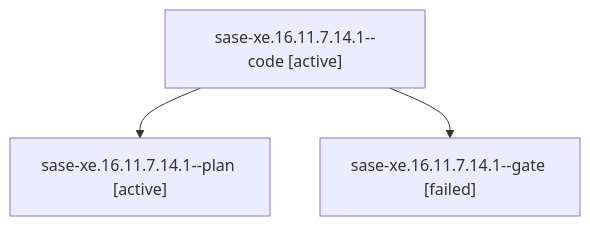
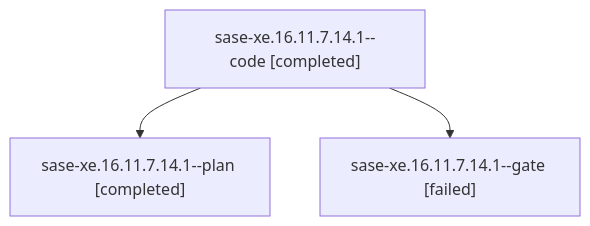
One commit to sase-org/sase--agents changed the diagram in families/bbugyi200.athena.sase-xe.16.11.7.14.1.md. Above: the diagram before and after it, drawn with Mermaid. The commit also changed other lines of this file and 747 other files, not shown here.

````diff
--- a/families/bbugyi200.athena.sase-xe.16.11.7.14.1.md
+++ b/families/bbugyi200.athena.sase-xe.16.11.7.14.1.md
@@ -9,8 +9,8 @@
 ```mermaid
 flowchart TD
-  n0["sase-xe.16.11.7.14.1--code [active]"]
-  n1["sase-xe.16.11.7.14.1--plan [active]"]
+  n0["sase-xe.16.11.7.14.1--code [completed]"]
+  n1["sase-xe.16.11.7.14.1--plan [completed]"]
   n0 --> n1
   n2["sase-xe.16.11.7.14.1--gate [failed]"]
   n0 --> n2
 ```
````
